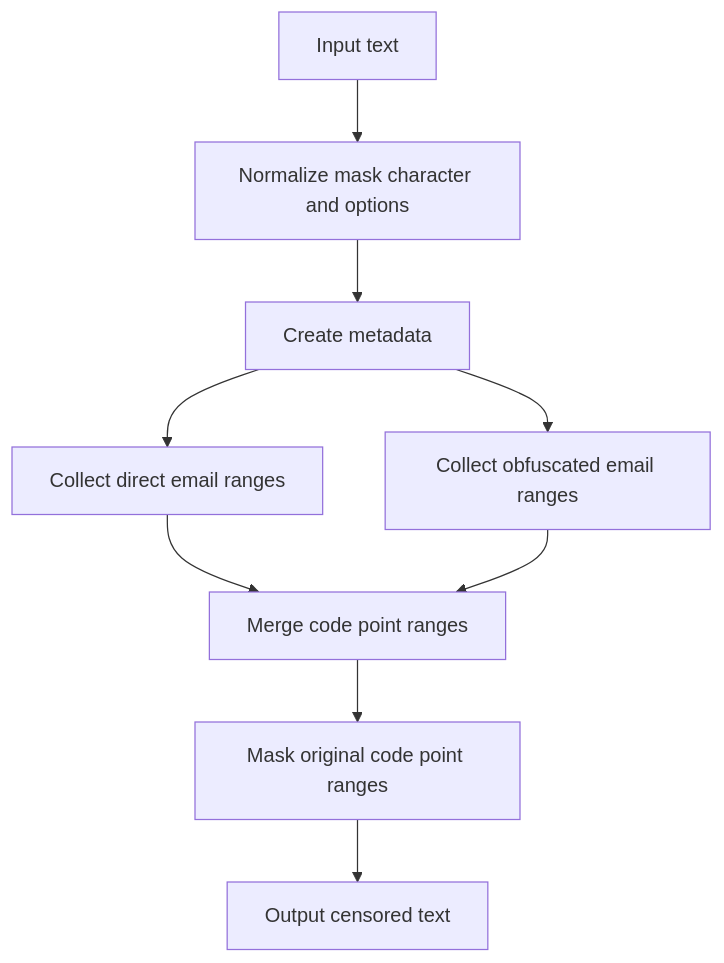
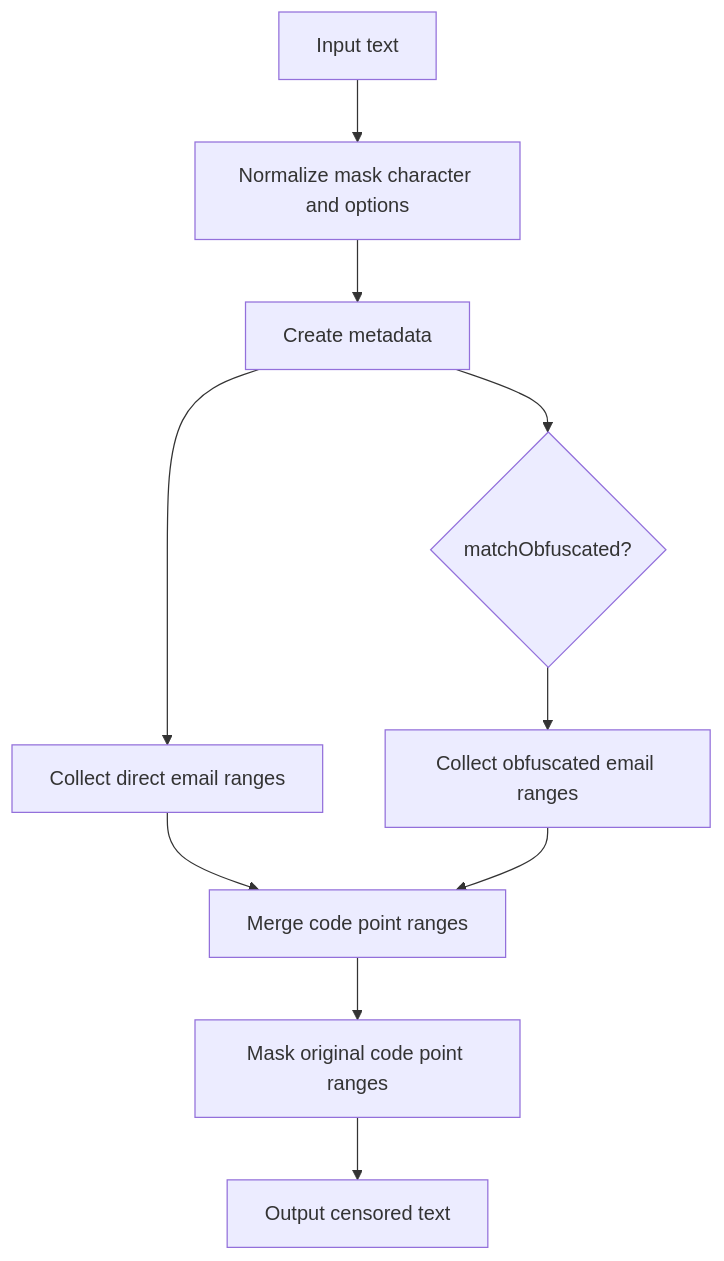
One commit to textfilters/email changed the first of 2 diagrams in docs/architecture.md. Above: the diagram before and after it, drawn with Mermaid. The commit also changed other lines of this file and 32 other files, not shown here.

````diff
--- a/docs/architecture.md
+++ b/docs/architecture.md
@@ -21,11 +25,12 @@
 ```mermaid
 flowchart TD
   input["Input text"] --> config["Normalize mask character and options"]
   config --> meta["Create metadata"]
   meta --> direct["Collect direct email ranges"]
-  meta --> obfuscated["Collect obfuscated email ranges"]
+  meta --> obfuscated{"matchObfuscated?"}
+  obfuscated --> obfuscatedScan["Collect obfuscated email ranges"]
   direct --> merge["Merge code point ranges"]
-  obfuscated --> merge
+  obfuscatedScan --> merge
   merge --> mask["Mask original code point ranges"]
   mask --> output["Output censored text"]
 ```
````
